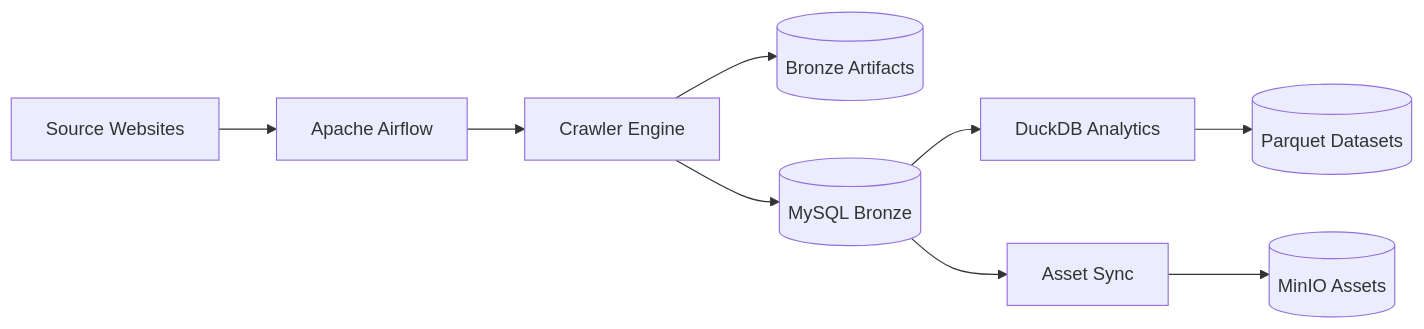
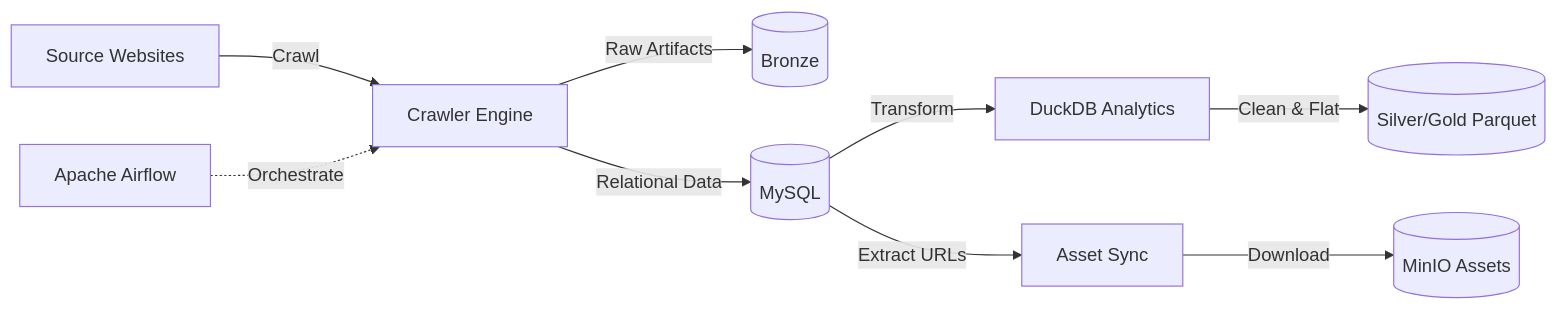
Before and after one commit to HauCoder2005/roombeacon-system: the first of 3 diagrams in README.md, drawn with Mermaid. The commit also changed other lines of this file and 11 other files, not shown here.

````diff
--- a/README.md
+++ b/README.md
@@ -199,28 +68,15 @@
 ```mermaid
 flowchart LR
-    S[Source Websites]
-
-    A[Apache Airflow]
-    C[Crawler Engine]
-
-    B[(Bronze Artifacts)]
-    M[(MySQL Bronze)]
-
-    D[DuckDB Analytics]
-    P[(Parquet Datasets)]
-
-    AS[Asset Sync]
-    O[(MinIO Assets)]
-
-    S --> A
-    A --> C
-
-    C --> B
-    C --> M
-
-    M --> D
-    D --> P
-
-    M --> AS
-    AS --> O
+    S[Source Websites] -->|Crawl| C[Crawler Engine]
+    
+    A[Apache Airflow] -.->|Orchestrate| C
+    
+    C -->|Raw Artifacts| B[(Bronze)]
+    C -->|Relational Data| M[(MySQL)]
+    
+    M -->|Transform| D[DuckDB Analytics]
+    D -->|Clean & Flat| P[(Silver/Gold Parquet)]
+    
+    M -->|Extract URLs| AS[Asset Sync]
+    AS -->|Download| O[(MinIO Assets)]
 ```
````
